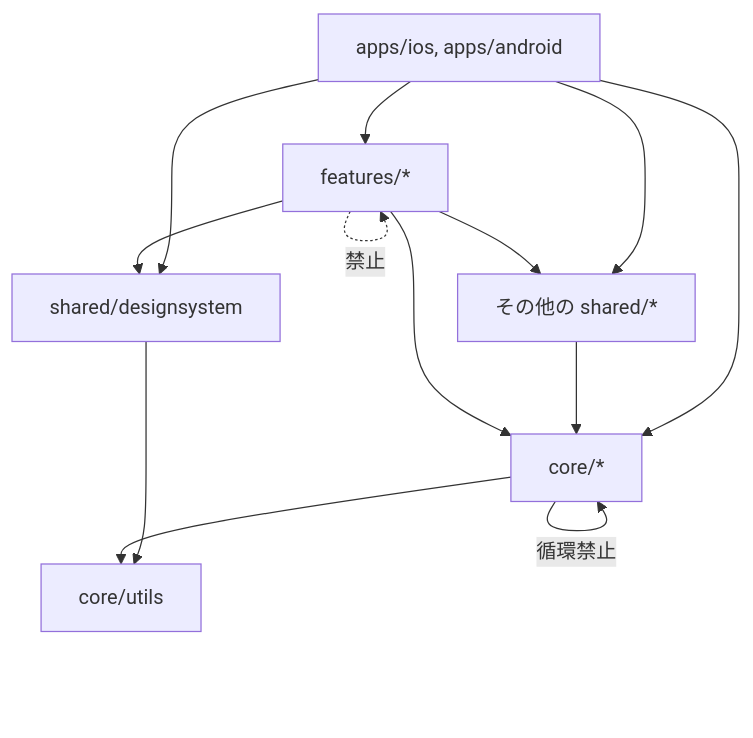
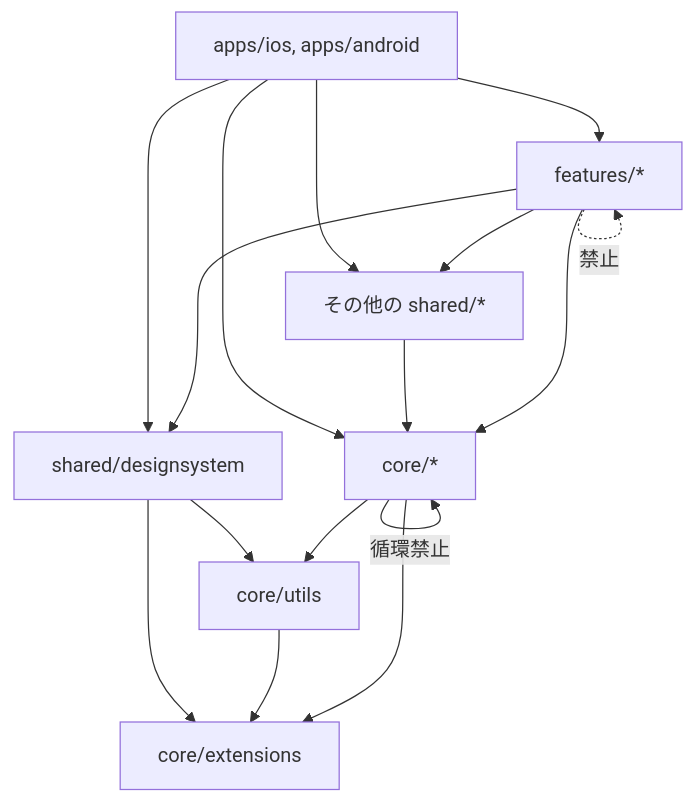
One commit to imk1t/native-sync-template changed the first of 2 diagrams in README.md. Above: the diagram before and after it, drawn with Mermaid. The commit also changed other lines of this file and 58 other files, not shown here.

````diff
--- a/README.md
+++ b/README.md
@@ -133,15 +135,18 @@
 ```mermaid
 flowchart TD
     apps["apps/ios, apps/android"] --> features["features/*"]
     apps --> designsystem["shared/designsystem"]
     apps --> core["core/*"]
     apps --> shared["その他の shared/*"]
     features --> shared
     shared --> core
     features --> designsystem
     features --> core
     features -.->|禁止| features
     designsystem --> utils["core/utils"]
+    designsystem --> extensions["core/extensions"]
+    utils --> extensions
     core --> utils
+    core --> extensions
     core -->|循環禁止| core
 ```
````
